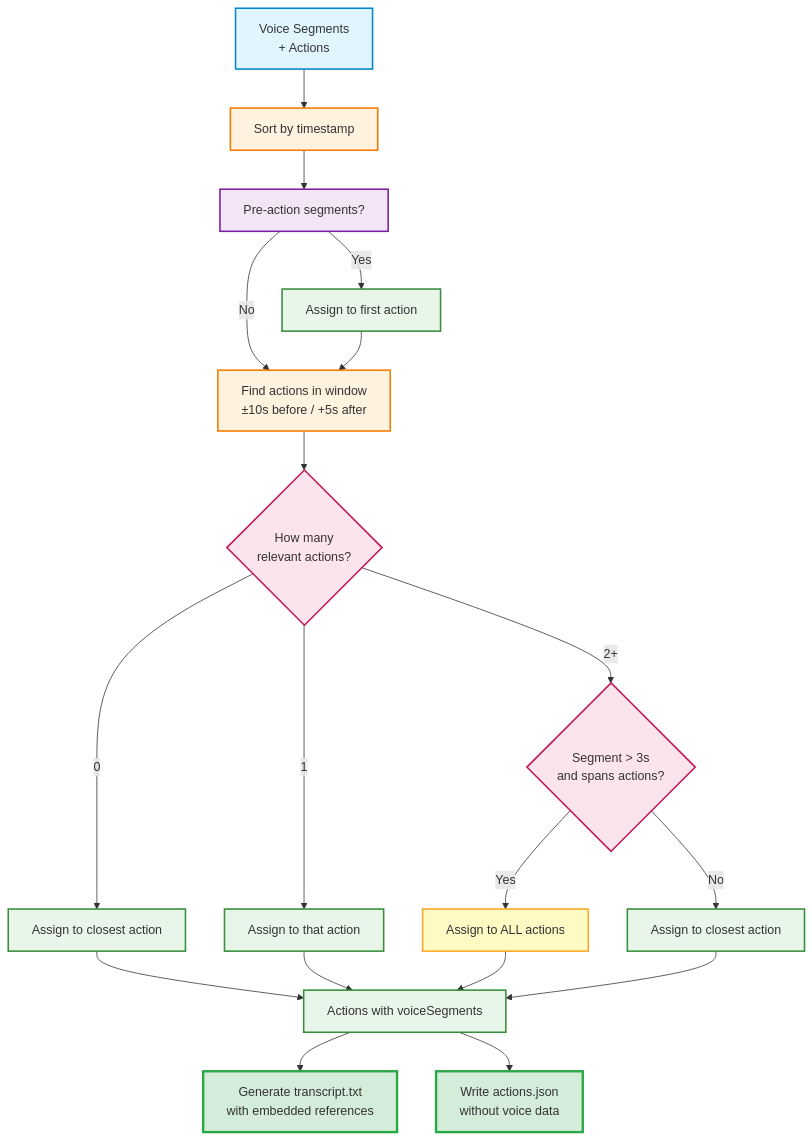
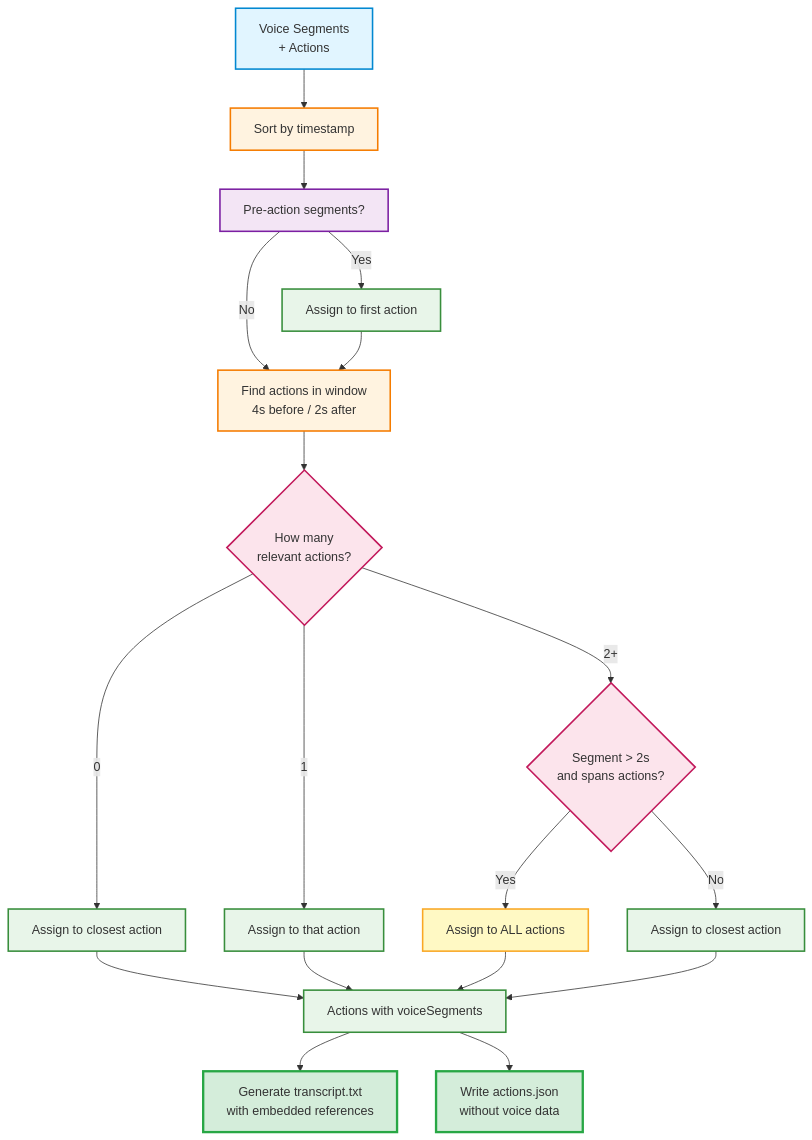
One commit to dodosaurus/dodo-recorder changed the first of 2 diagrams in docs/voice_transcription.md. Above: the diagram before and after it, drawn with Mermaid. The commit also changed other lines of this file and 1 other file, not shown here.

````diff
--- a/docs/voice_transcription.md
+++ b/docs/voice_transcription.md
@@ -232,35 +679,35 @@
 ```mermaid
 flowchart TD
     A[Voice Segments<br/>+ Actions] --> B[Sort by timestamp]
     B --> C[Pre-action segments?]
     C -->|Yes| D[Assign to first action]
-    C -->|No| E[Find actions in window<br/>±10s before / +5s after]
+    C -->|No| E[Find actions in window<br/>4s before / 2s after]
     D --> E
     E --> F{How many<br/>relevant actions?}
     F -->|0| G[Assign to closest action]
     F -->|1| H[Assign to that action]
-    F -->|2+| I{Segment > 3s<br/>and spans actions?}
+    F -->|2+| I{Segment > 2s<br/>and spans actions?}
     I -->|Yes| J[Assign to ALL actions]
     I -->|No| K[Assign to closest action]
     G --> L[Actions with voiceSegments]
     H --> L
     J --> L
     K --> L
     L --> M[Generate transcript.txt<br/>with embedded references]
     L --> N[Write actions.json<br/>without voice data]
 
     style A fill:#e1f5ff,stroke:#0288d1,stroke-width:2px
     style B fill:#fff3e0,stroke:#f57c00,stroke-width:2px
     style C fill:#f3e5f5,stroke:#7b1fa2,stroke-width:2px
     style D fill:#e8f5e9,stroke:#388e3c,stroke-width:2px
     style E fill:#fff3e0,stroke:#f57c00,stroke-width:2px
     style F fill:#fce4ec,stroke:#c2185b,stroke-width:2px
     style G fill:#e8f5e9,stroke:#388e3c,stroke-width:2px
     style H fill:#e8f5e9,stroke:#388e3c,stroke-width:2px
     style I fill:#fce4ec,stroke:#c2185b,stroke-width:2px
     style J fill:#fff9c4,stroke:#f9a825,stroke-width:2px
     style K fill:#e8f5e9,stroke:#388e3c,stroke-width:2px
     style L fill:#e8f5e9,stroke:#388e3c,stroke-width:2px
     style M fill:#d4edda,stroke:#28a745,stroke-width:3px
     style N fill:#d4edda,stroke:#28a745,stroke-width:3px
 ```
````
